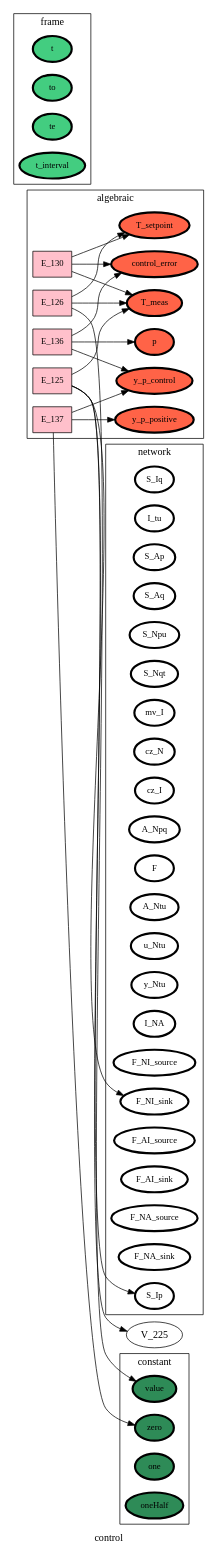
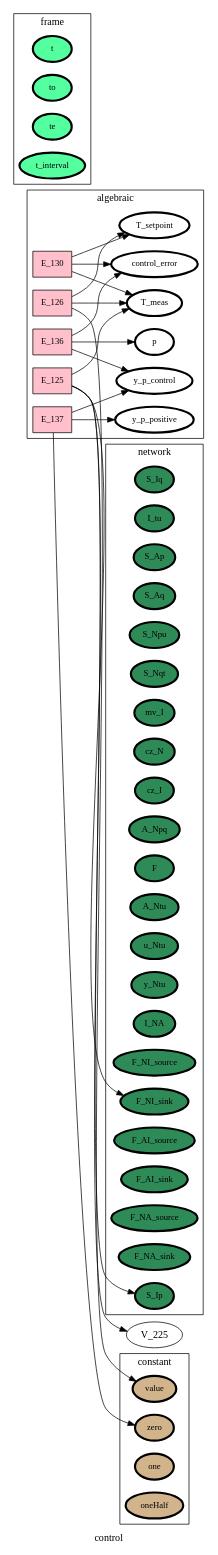
One commit to heinz-preisig/processes_000_HAP changed the diagram in ontology_graphs/graph__control.dot. Above: the diagram before and after it, drawn with Graphviz. The commit also changed 32 other files, not shown here.

```diff
--- a/ontology_graphs/graph__control.dot
+++ b/ontology_graphs/graph__control.dot
@@ -1,106 +1,106 @@
 digraph control {
 label=control;
 rankdir=LR;
 subgraph cluster_control___dataFlow {
 label=dataFlow;
 rankdir=LR;
 }
 
 subgraph cluster_control___input {
 label=input;
 rankdir=LR;
 }
 
 subgraph cluster_control___output {
 label=output;
 rankdir=LR;
 }
 
 subgraph cluster_control___network {
 label=network;
 rankdir=LR;
-V_10 [fillcolor=white, fontsize=12, label=S_Iq, penwidth=3, style=filled];
-V_11 [fillcolor=white, fontsize=12, label=I_tu, penwidth=3, style=filled];
-V_12 [fillcolor=white, fontsize=12, label=S_Ap, penwidth=3, style=filled];
-V_13 [fillcolor=white, fontsize=12, label=S_Aq, penwidth=3, style=filled];
-V_14 [fillcolor=white, fontsize=12, label=S_Npu, penwidth=3, style=filled];
-V_15 [fillcolor=white, fontsize=12, label=S_Nqt, penwidth=3, style=filled];
-V_16 [fillcolor=white, fontsize=12, label=mv_I, penwidth=3, style=filled];
-V_17 [fillcolor=white, fontsize=12, label=cz_N, penwidth=3, style=filled];
-V_18 [fillcolor=white, fontsize=12, label=cz_I, penwidth=3, style=filled];
-V_19 [fillcolor=white, fontsize=12, label=A_Npq, penwidth=3, style=filled];
-V_2 [fillcolor=white, fontsize=12, label=F, penwidth=3, style=filled];
-V_20 [fillcolor=white, fontsize=12, label=A_Ntu, penwidth=3, style=filled];
-V_21 [fillcolor=white, fontsize=12, label=u_Ntu, penwidth=3, style=filled];
-V_22 [fillcolor=white, fontsize=12, label=y_Ntu, penwidth=3, style=filled];
-V_27 [fillcolor=white, fontsize=12, label=I_NA, penwidth=3, style=filled];
-V_3 [fillcolor=white, fontsize=12, label=F_NI_source, penwidth=3, style=filled];
-V_4 [fillcolor=white, fontsize=12, label=F_NI_sink, penwidth=3, style=filled];
-V_5 [fillcolor=white, fontsize=12, label=F_AI_source, penwidth=3, style=filled];
-V_6 [fillcolor=white, fontsize=12, label=F_AI_sink, penwidth=3, style=filled];
-V_7 [fillcolor=white, fontsize=12, label=F_NA_source, penwidth=3, style=filled];
-V_8 [fillcolor=white, fontsize=12, label=F_NA_sink, penwidth=3, style=filled];
-V_9 [fillcolor=white, fontsize=12, label=S_Ip, penwidth=3, style=filled];
+V_10 [fillcolor=seagreen, fontsize=12, label=S_Iq, penwidth=3, style=filled];
+V_11 [fillcolor=seagreen, fontsize=12, label=I_tu, penwidth=3, style=filled];
+V_12 [fillcolor=seagreen, fontsize=12, label=S_Ap, penwidth=3, style=filled];
+V_13 [fillcolor=seagreen, fontsize=12, label=S_Aq, penwidth=3, style=filled];
+V_14 [fillcolor=seagreen, fontsize=12, label=S_Npu, penwidth=3, style=filled];
+V_15 [fillcolor=seagreen, fontsize=12, label=S_Nqt, penwidth=3, style=filled];
+V_16 [fillcolor=seagreen, fontsize=12, label=mv_I, penwidth=3, style=filled];
+V_17 [fillcolor=seagreen, fontsize=12, label=cz_N, penwidth=3, style=filled];
+V_18 [fillcolor=seagreen, fontsize=12, label=cz_I, penwidth=3, style=filled];
+V_19 [fillcolor=seagreen, fontsize=12, label=A_Npq, penwidth=3, style=filled];
+V_2 [fillcolor=seagreen, fontsize=12, label=F, penwidth=3, style=filled];
+V_20 [fillcolor=seagreen, fontsize=12, label=A_Ntu, penwidth=3, style=filled];
+V_21 [fillcolor=seagreen, fontsize=12, label=u_Ntu, penwidth=3, style=filled];
+V_22 [fillcolor=seagreen, fontsize=12, label=y_Ntu, penwidth=3, style=filled];
+V_27 [fillcolor=seagreen, fontsize=12, label=I_NA, penwidth=3, style=filled];
+V_3 [fillcolor=seagreen, fontsize=12, label=F_NI_source, penwidth=3, style=filled];
+V_4 [fillcolor=seagreen, fontsize=12, label=F_NI_sink, penwidth=3, style=filled];
+V_5 [fillcolor=seagreen, fontsize=12, label=F_AI_source, penwidth=3, style=filled];
+V_6 [fillcolor=seagreen, fontsize=12, label=F_AI_sink, penwidth=3, style=filled];
+V_7 [fillcolor=seagreen, fontsize=12, label=F_NA_source, penwidth=3, style=filled];
+V_8 [fillcolor=seagreen, fontsize=12, label=F_NA_sink, penwidth=3, style=filled];
+V_9 [fillcolor=seagreen, fontsize=12, label=S_Ip, penwidth=3, style=filled];
 }
 
 subgraph cluster_control___frame {
 label=frame;
 rankdir=LR;
-V_1 [fillcolor=seagreen3, fontsize=12, label=t, penwidth=3, style=filled];
-V_105 [fillcolor=seagreen3, fontsize=12, label=to, penwidth=3, style=filled];
-V_106 [fillcolor=seagreen3, fontsize=12, label=te, penwidth=3, style=filled];
-V_107 [fillcolor=seagreen3, fontsize=12, label=t_interval, penwidth=3, style=filled];
+V_1 [fillcolor=seagreen1, fontsize=12, label=t, penwidth=3, style=filled];
+V_105 [fillcolor=seagreen1, fontsize=12, label=to, penwidth=3, style=filled];
+V_106 [fillcolor=seagreen1, fontsize=12, label=te, penwidth=3, style=filled];
+V_107 [fillcolor=seagreen1, fontsize=12, label=t_interval, penwidth=3, style=filled];
 }
 
 subgraph cluster_control___state {
 label=state;
 rankdir=LR;
 }
 
 subgraph cluster_control___constant {
 label=constant;
 rankdir=LR;
-V_101 [fillcolor=seagreen, fontsize=12, label=value, penwidth=3, style=filled];
-V_102 [fillcolor=seagreen, fontsize=12, label=zero, penwidth=3, style=filled];
-V_103 [fillcolor=seagreen, fontsize=12, label=one, penwidth=3, style=filled];
-V_104 [fillcolor=seagreen, fontsize=12, label=oneHalf, penwidth=3, style=filled];
+V_101 [fillcolor=tan, fontsize=12, label=value, penwidth=3, style=filled];
+V_102 [fillcolor=tan, fontsize=12, label=zero, penwidth=3, style=filled];
+V_103 [fillcolor=tan, fontsize=12, label=one, penwidth=3, style=filled];
+V_104 [fillcolor=tan, fontsize=12, label=oneHalf, penwidth=3, style=filled];
 }
 
 subgraph cluster_control___diffState {
 label=diffState;
 rankdir=LR;
 }
 
 E_125 -> V_225  [splines=ortho];
 E_125 -> V_4  [splines=ortho];
 E_125 -> V_9  [splines=ortho];
 E_126 -> V_101  [splines=ortho];
 E_126 -> V_226  [splines=ortho];
 E_130 -> V_226  [splines=ortho];
 E_130 -> V_227  [splines=ortho];
 E_136 -> V_231  [splines=ortho];
 E_136 -> V_237  [splines=ortho];
 E_137 -> V_102  [splines=ortho];
 E_137 -> V_238  [splines=ortho];
 subgraph cluster_control___algebraic {
 label=algebraic;
 rankdir=LR;
-V_226 [fillcolor=tomato, fontsize=12, label=T_meas, penwidth=3, style=filled];
-V_227 [fillcolor=tomato, fontsize=12, label=T_setpoint, penwidth=3, style=filled];
-V_231 [fillcolor=tomato, fontsize=12, label=control_error, penwidth=3, style=filled];
-V_237 [fillcolor=tomato, fontsize=12, label=p, penwidth=3, style=filled];
-V_238 [fillcolor=tomato, fontsize=12, label=y_p_control, penwidth=3, style=filled];
-V_239 [fillcolor=tomato, fontsize=12, label=y_p_positive, penwidth=3, style=filled];
+V_226 [fillcolor=white, fontsize=12, label=T_meas, penwidth=3, style=filled];
+V_227 [fillcolor=white, fontsize=12, label=T_setpoint, penwidth=3, style=filled];
+V_231 [fillcolor=white, fontsize=12, label=control_error, penwidth=3, style=filled];
+V_237 [fillcolor=white, fontsize=12, label=p, penwidth=3, style=filled];
+V_238 [fillcolor=white, fontsize=12, label=y_p_control, penwidth=3, style=filled];
+V_239 [fillcolor=white, fontsize=12, label=y_p_positive, penwidth=3, style=filled];
 E_125 [fillcolor=pink, fontsize=12, shape=box, style=filled];
 E_125 -> V_226  [splines=ortho];
 E_126 [fillcolor=pink, fontsize=12, shape=box, style=filled];
 E_126 -> V_227  [splines=ortho];
 E_130 [fillcolor=pink, fontsize=12, shape=box, style=filled];
 E_130 -> V_231  [splines=ortho];
 E_136 [fillcolor=pink, fontsize=12, shape=box, style=filled];
 E_136 -> V_238  [splines=ortho];
 E_137 [fillcolor=pink, fontsize=12, shape=box, style=filled];
 E_137 -> V_239  [splines=ortho];
 }
 
 }
```
